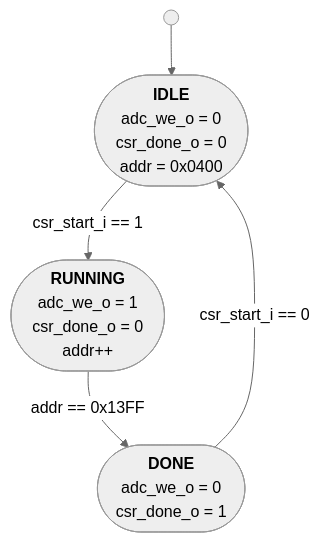
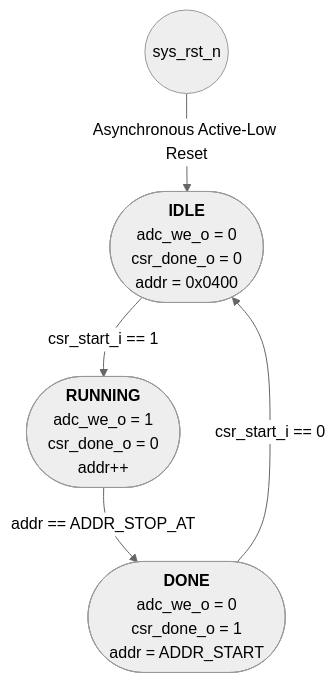
The diagram in 3.miniac/README.md (chili-chips-ba/uberClock), drawn with Mermaid (neutral theme) before and after one commit. The commit also changed other lines of this file and 4 other files, not shown here.

````diff
--- a/3.miniac/README.md
+++ b/3.miniac/README.md
@@ -120,12 +120,13 @@
 ```mermaid 
 flowchart TD
-    ST(( )) --> IDLE
+    RESET((sys_rst_n)) -- Asynchronous Active-Low Reset --> IDLE
 
     IDLE(["<b>IDLE</b><br/>adc_we_o = 0<br/>csr_done_o = 0<br/>addr = 0x0400"])
     RUNNING(["<b>RUNNING</b><br/>adc_we_o = 1<br/>csr_done_o = 0<br/>addr++"])
-    DONE(["<b>DONE</b><br/>adc_we_o = 0<br/>csr_done_o = 1"])
+    DONE(["<b>DONE</b><br/>adc_we_o = 0<br/>csr_done_o = 1<br/>addr = ADDR_START"])
 
     IDLE -- "csr_start_i == 1" --> RUNNING
-    RUNNING -- "addr == 0x13FF" --> DONE
+    RUNNING -- "addr == ADDR_STOP_AT" --> DONE
     DONE -- "csr_start_i == 0" --> IDLE
+    
 ```
````
